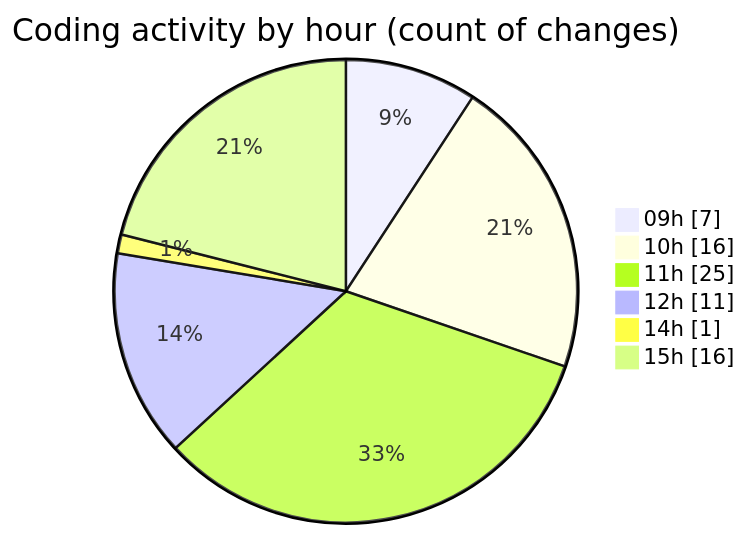
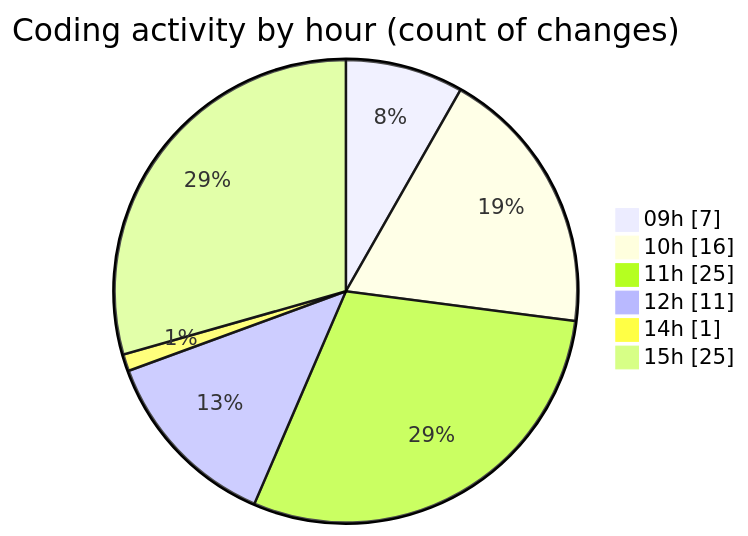
The second of 2 diagrams in 2025-02-13/cda/README.md (momahboobian/code-tracking), drawn with Mermaid before and after one commit. The commit also changed other lines of this file and 1 other file, not shown here.

````diff
--- a/2025-02-13/cda/README.md
+++ b/2025-02-13/cda/README.md
@@ -40,10 +40,10 @@
 ```mermaid
 pie showData
 title Coding activity by hour (count of changes)
 "09h" : 7
 "10h" : 16
 "11h" : 25
 "12h" : 11
 "14h" : 1
-"15h" : 16
+"15h" : 25
 ```
````
